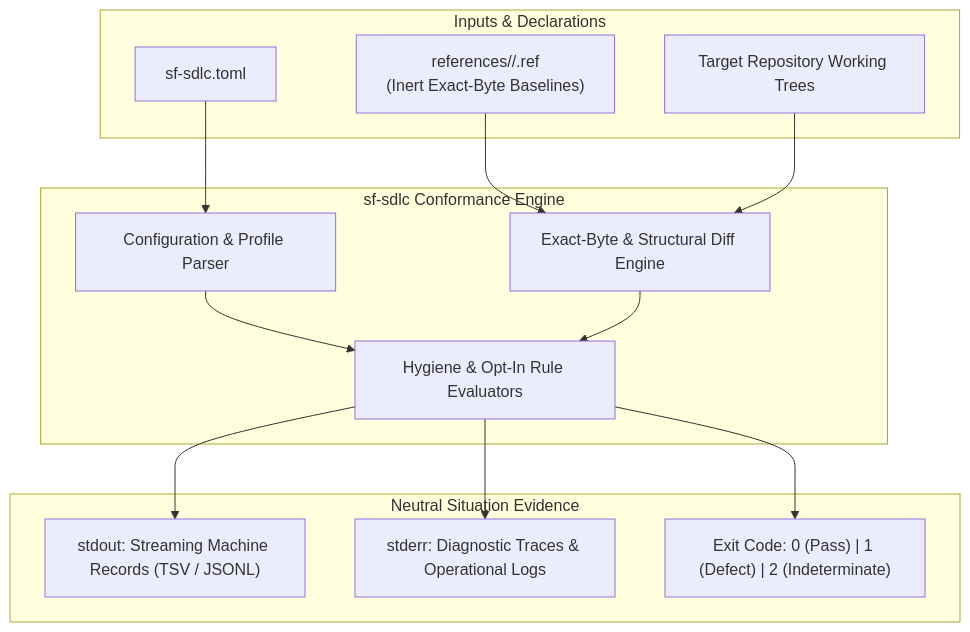
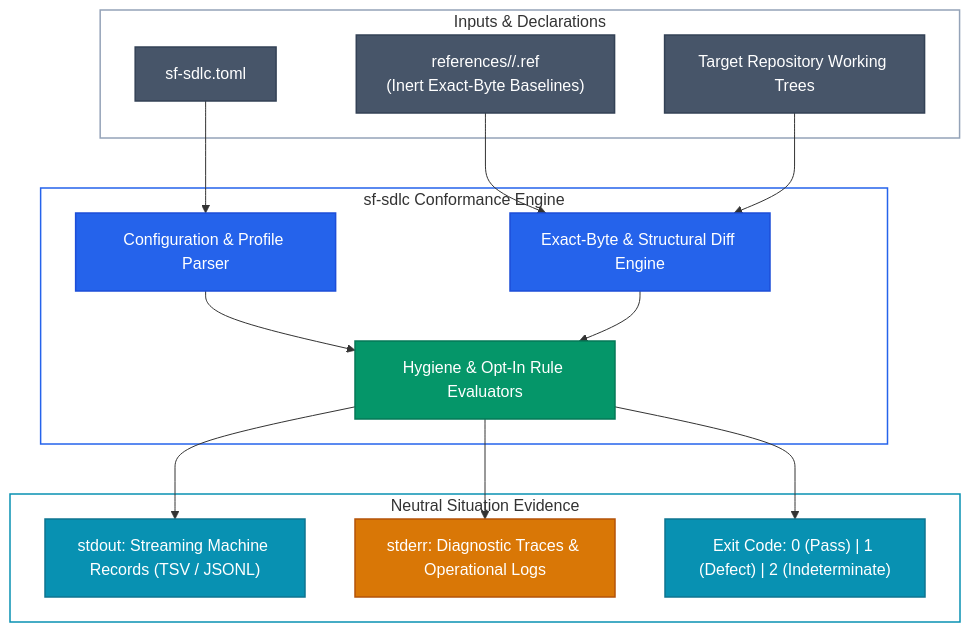
One commit to acje/acje.github.io changed the fifth of 6 diagrams in content/projects/sf-sdlc/index.md. Above: the diagram before and after it, drawn with Mermaid. The commit also changed other lines of this file and 2 other files, not shown here.

Commit message:
Modernize and unify Mermaid diagram color schemes across project presentations

````diff
--- a/content/projects/sf-sdlc/index.md
+++ b/content/projects/sf-sdlc/index.md
@@ -147,29 +196,45 @@
 ```mermaid
 flowchart TD
     subgraph Configuration [Inputs & Declarations]
         TOML[sf-sdlc.toml]
         REFS["references/<target>/<file>.ref<br/>(Inert Exact-Byte Baselines)"]
         TARGETS[Target Repository Working Trees]
     end
 
     subgraph Engine [sf-sdlc Conformance Engine]
         PARSE[Configuration & Profile Parser]
         COMPARE[Exact-Byte & Structural Diff Engine]
         AUDIT[Hygiene & Opt-In Rule Evaluators]
     end
 
     subgraph Telemetry [Neutral Situation Evidence]
         OUT["stdout: Streaming Machine Records (TSV / JSONL)"]
         ERR["stderr: Diagnostic Traces & Operational Logs"]
         CODE["Exit Code: 0 (Pass) | 1 (Defect) | 2 (Indeterminate)"]
     end
 
     TOML --> PARSE
     REFS --> COMPARE
     TARGETS --> COMPARE
     PARSE --> AUDIT
     COMPARE --> AUDIT
     AUDIT --> OUT
     AUDIT --> ERR
     AUDIT --> CODE
+
+    classDef slate fill:#475569,stroke:#334155,stroke-width:1.5px,color:#ffffff
+    classDef blue fill:#2563eb,stroke:#1d4ed8,stroke-width:1.5px,color:#ffffff
+    classDef green fill:#059669,stroke:#047857,stroke-width:1.5px,color:#ffffff
+    classDef cyan fill:#0891b2,stroke:#0e7490,stroke-width:1.5px,color:#ffffff
+    classDef amber fill:#d97706,stroke:#b45309,stroke-width:1.5px,color:#ffffff
+
+    class TOML,REFS,TARGETS slate
+    class PARSE,COMPARE blue
+    class AUDIT green
+    class OUT,CODE cyan
+    class ERR amber
+
+    style Configuration fill:transparent,stroke:#94a3b8,stroke-width:1.5px
+    style Engine fill:transparent,stroke:#2563eb,stroke-width:1.5px
+    style Telemetry fill:transparent,stroke:#0891b2,stroke-width:1.5px
 ```
````
